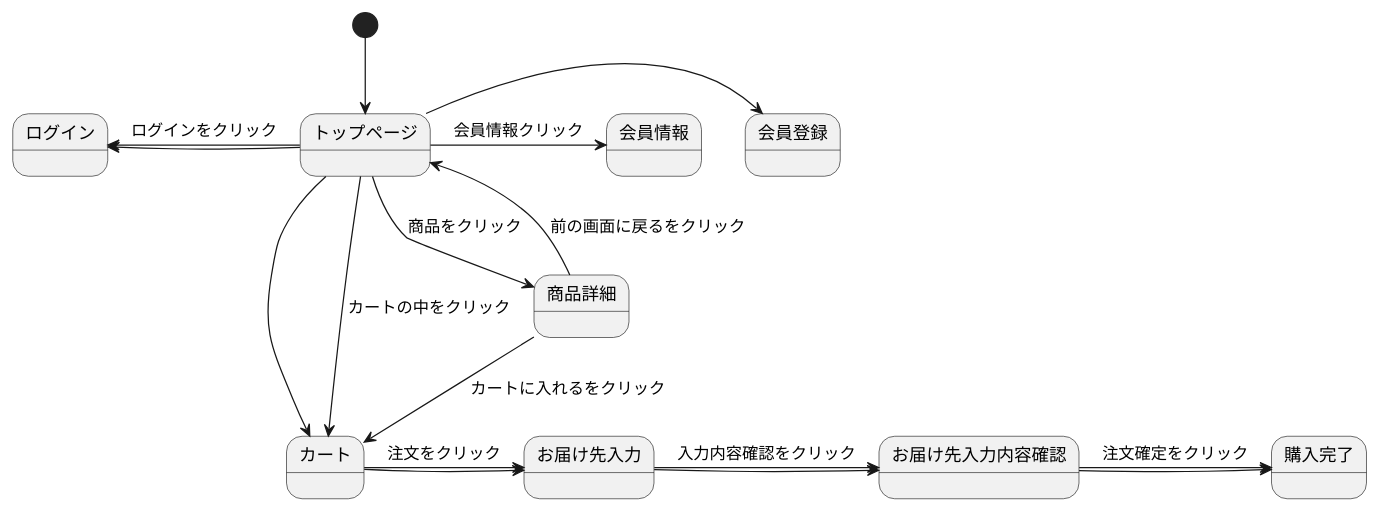
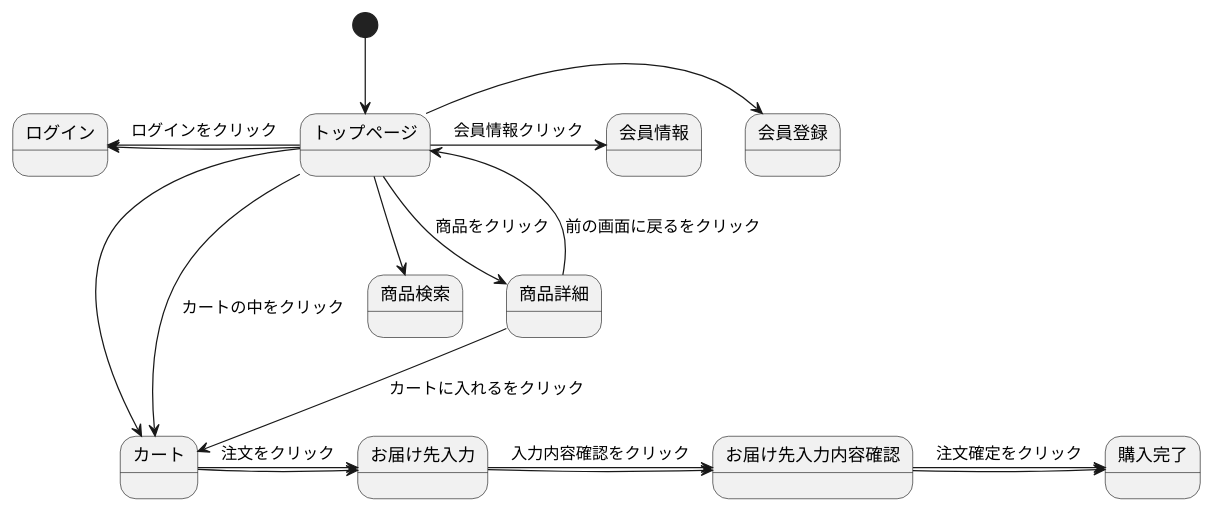
The diagram in myhp.md (Aso2001163/2021sys-design), drawn with PlantUML before and after one commit.

````diff
--- a/myhp.md
+++ b/myhp.md
@@ -1,20 +1,21 @@
 ```uml
 @startuml
 [*] --> トップページ
 トップページ -> 会員登録
 トップページ -left-> ログイン
 トップページ --> カート
+トップページ -->商品検索
 カート -> お届け先入力
 お届け先入力 -> お届け先入力内容確認
 お届け先入力内容確認 -> 購入完了
 トップページ -> 会員情報 : 会員情報クリック
 トップページ -left-> ログイン : ログインをクリック
 トップページ --> 商品詳細 : 商品をクリック
 トップページ --> カート : カートの中をクリック
 商品詳細 --> カート : カートに入れるをクリック
 商品詳細 --> トップページ : 前の画面に戻るをクリック
 カート -> お届け先入力 : 注文をクリック
 お届け先入力 -> お届け先入力内容確認 : 入力内容確認をクリック
 お届け先入力内容確認 -> 購入完了 : 注文確定をクリック
 @enduml
 ```
````
